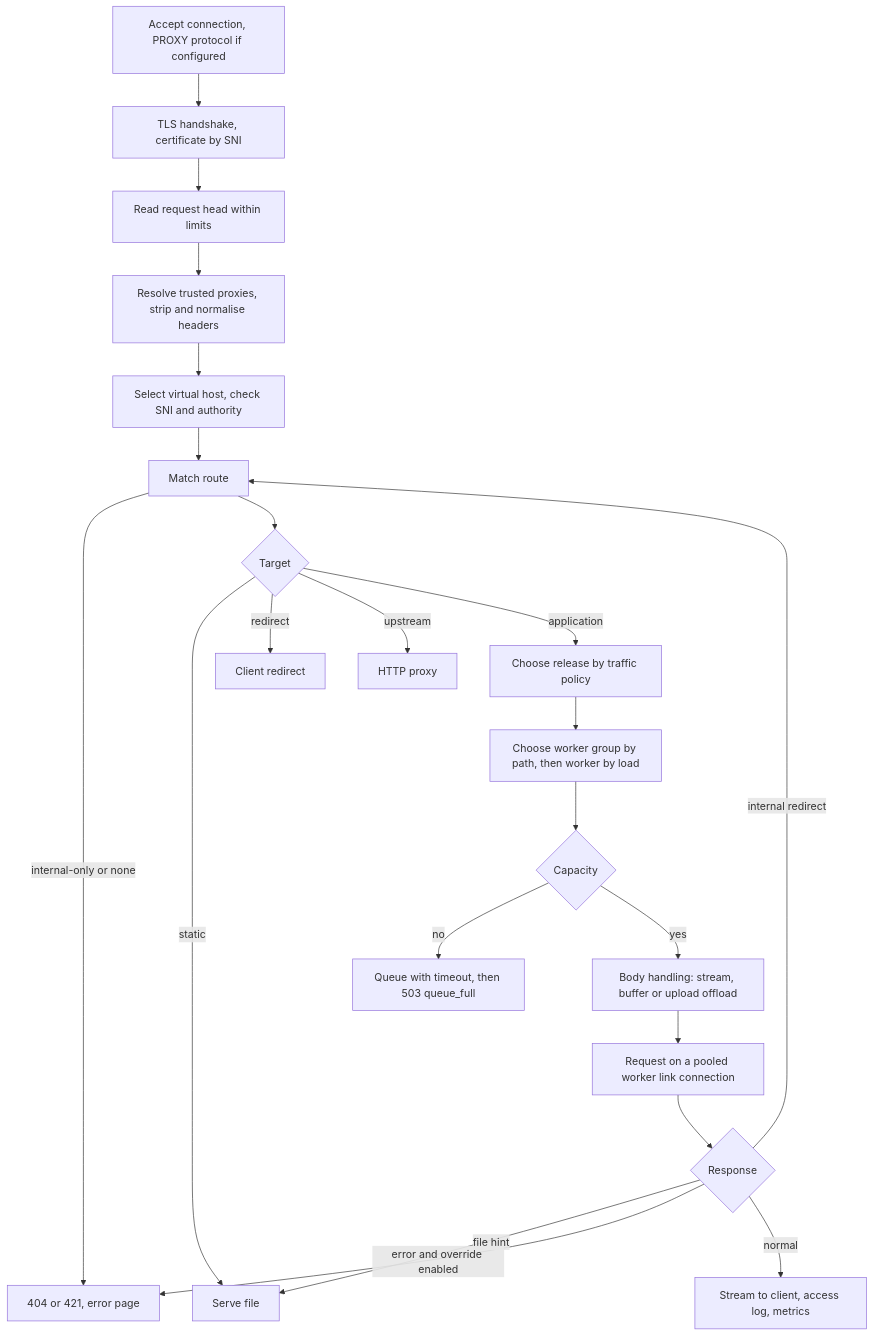
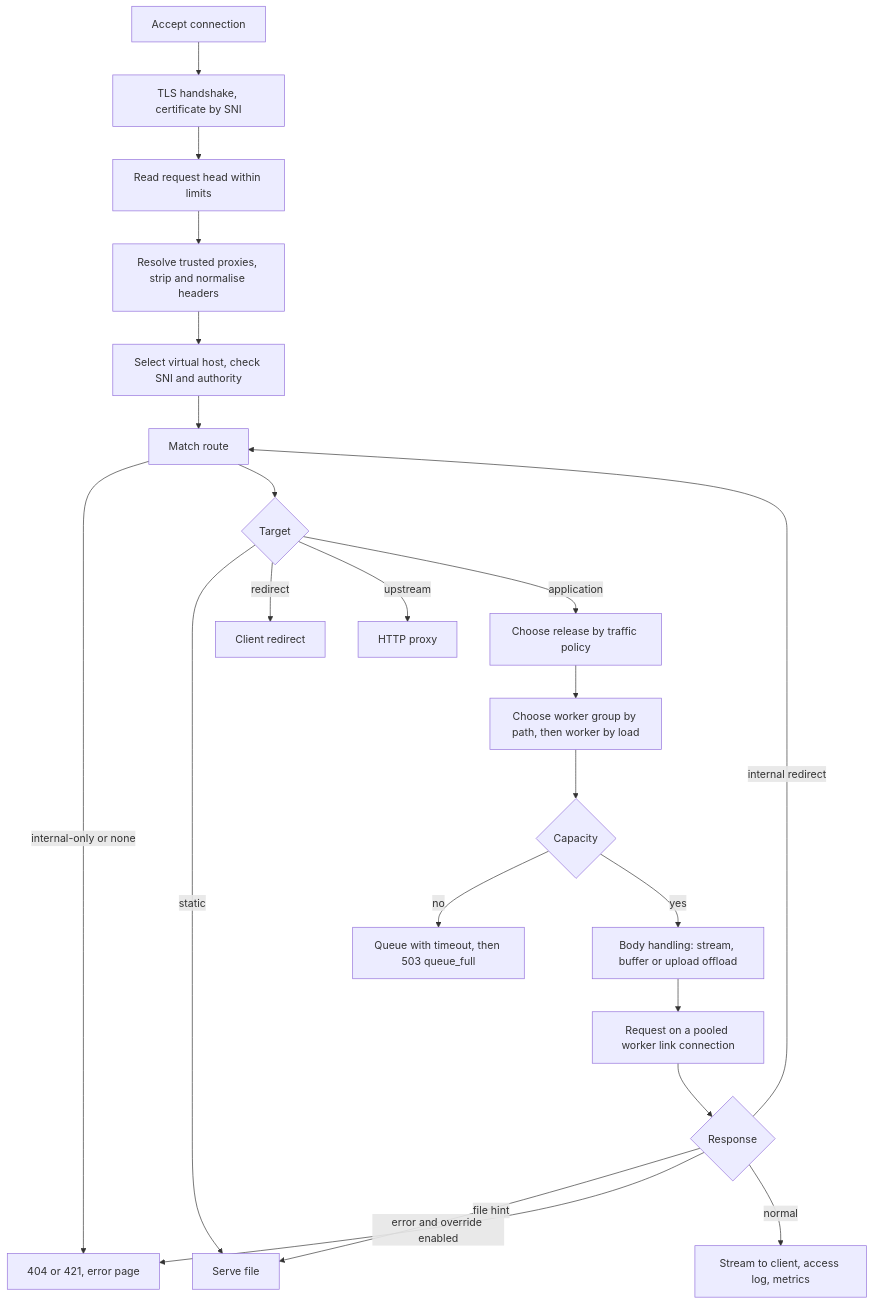
The first of 3 diagrams in docs/project/design/04-edge.md (GrahamDumpleton/muru), drawn with Mermaid before and after one commit. The commit also changed other lines of this file and 168 other files, not shown here.

````diff
--- a/docs/project/design/04-edge.md
+++ b/docs/project/design/04-edge.md
@@ -16,24 +16,24 @@
 ```mermaid
 flowchart TD
-  A[Accept connection, PROXY protocol if configured] --> B[TLS handshake, certificate by SNI]
+  A[Accept connection] --> B[TLS handshake, certificate by SNI]
   B --> C[Read request head within limits]
   C --> D[Resolve trusted proxies, strip and normalise headers]
   D --> E[Select virtual host, check SNI and authority]
   E --> F[Match route]
   F -->|internal-only or none| X[404 or 421, error page]
   F --> G{Target}
   G -->|static| S[Serve file]
   G -->|redirect| R[Client redirect]
   G -->|upstream| U[HTTP proxy]
   G -->|application| H[Choose release by traffic policy]
   H --> I[Choose worker group by path, then worker by load]
   I --> J{Capacity}
   J -->|no| Q[Queue with timeout, then 503 queue_full]
   J -->|yes| K[Body handling: stream, buffer or upload offload]
   K --> L[Request on a pooled worker link connection]
   L --> M{Response}
   M -->|internal redirect| F
   M -->|file hint| S
   M -->|error and override enabled| X
   M -->|normal| N[Stream to client, access log, metrics]
 ```
````
